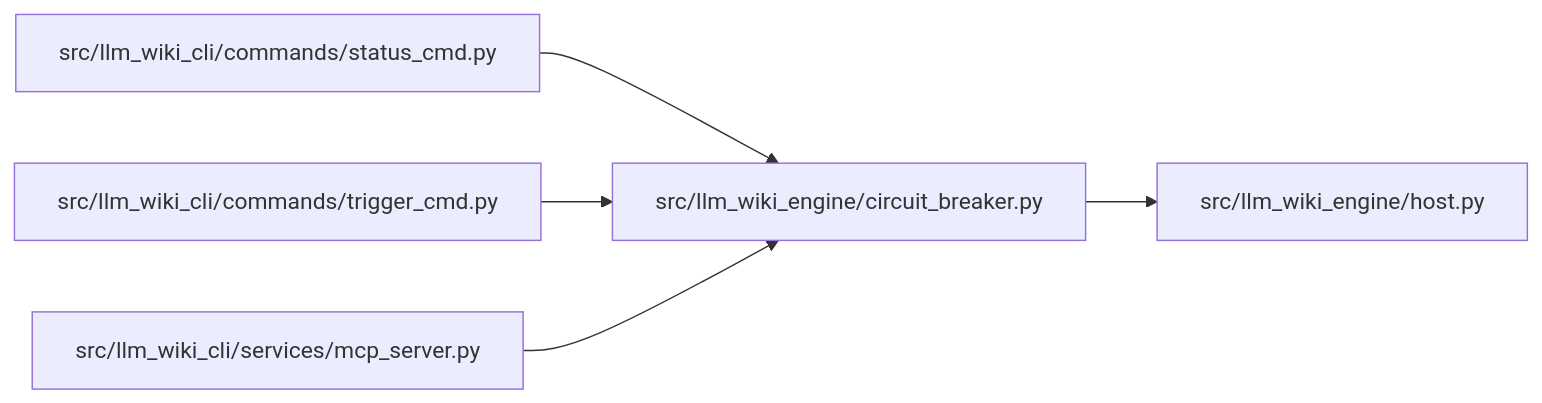
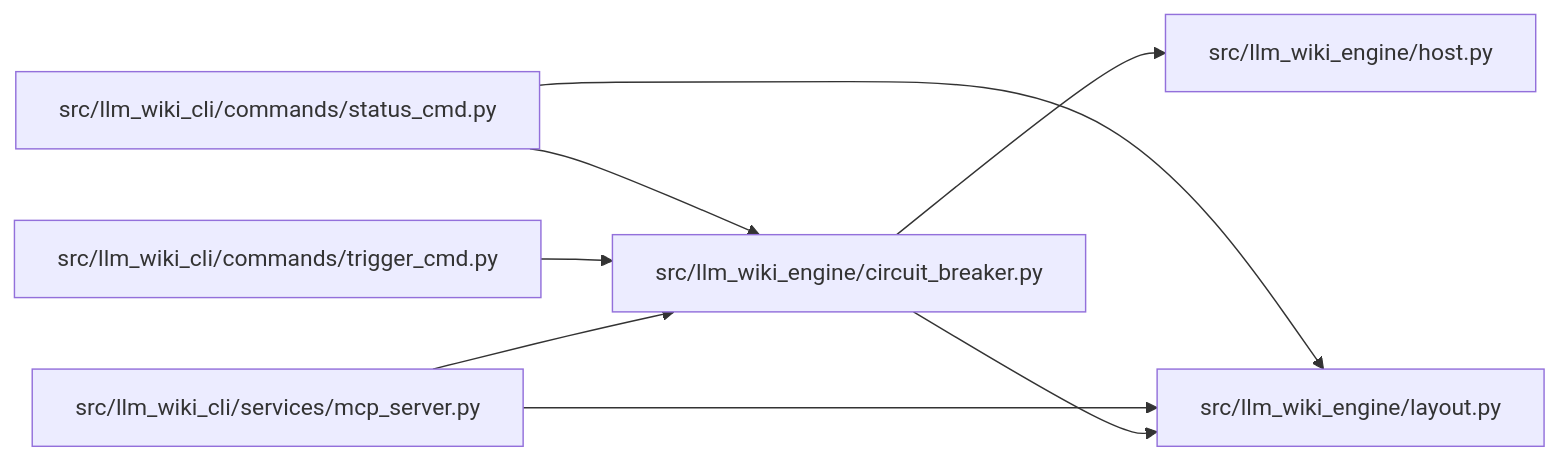
Before and after one commit to Denissvgn/python-wiki-llm: the diagram in docs/llm_wiki/modules/circuit_breaker.md, drawn with Mermaid. The commit also changed other lines of this file and 869 other files, not shown here.

Commit message:
docs: refresh the wiki for the engine layout and producer opt-in

````diff
--- a/docs/llm_wiki/modules/circuit_breaker.md
+++ b/docs/llm_wiki/modules/circuit_breaker.md
@@ -24,17 +25,22 @@
 ```mermaid
 flowchart LR
     n0["src/llm_wiki_cli/commands/status_cmd.py"]
     n1["src/llm_wiki_cli/commands/trigger_cmd.py"]
     n2["src/llm_wiki_cli/services/mcp_server.py"]
     n3["src/llm_wiki_engine/circuit_breaker.py"]
     n4["src/llm_wiki_engine/host.py"]
+    n5["src/llm_wiki_engine/layout.py"]
     n0 --> n3
+    n0 --> n5
     n1 --> n3
     n2 --> n3
+    n2 --> n5
     n3 --> n4
+    n3 --> n5
     click n0 "../modules/status_cmd.md"
     click n1 "../modules/trigger_cmd.md"
     click n2 "../modules/mcp_server.md"
     click n3 "../modules/circuit_breaker.md"
     click n4 "../modules/host.md"
+    click n5 "../modules/layout.md"
 ```
````
